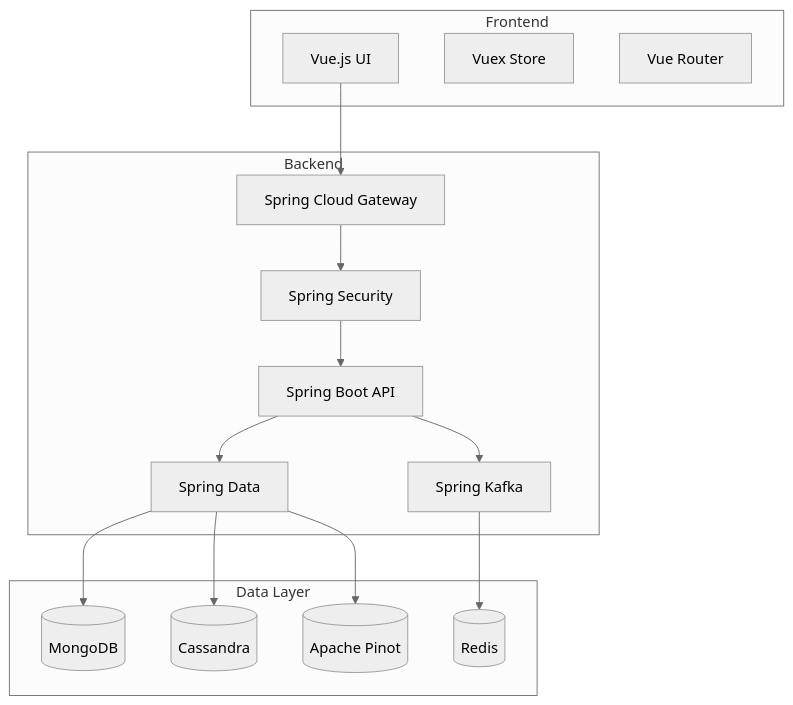
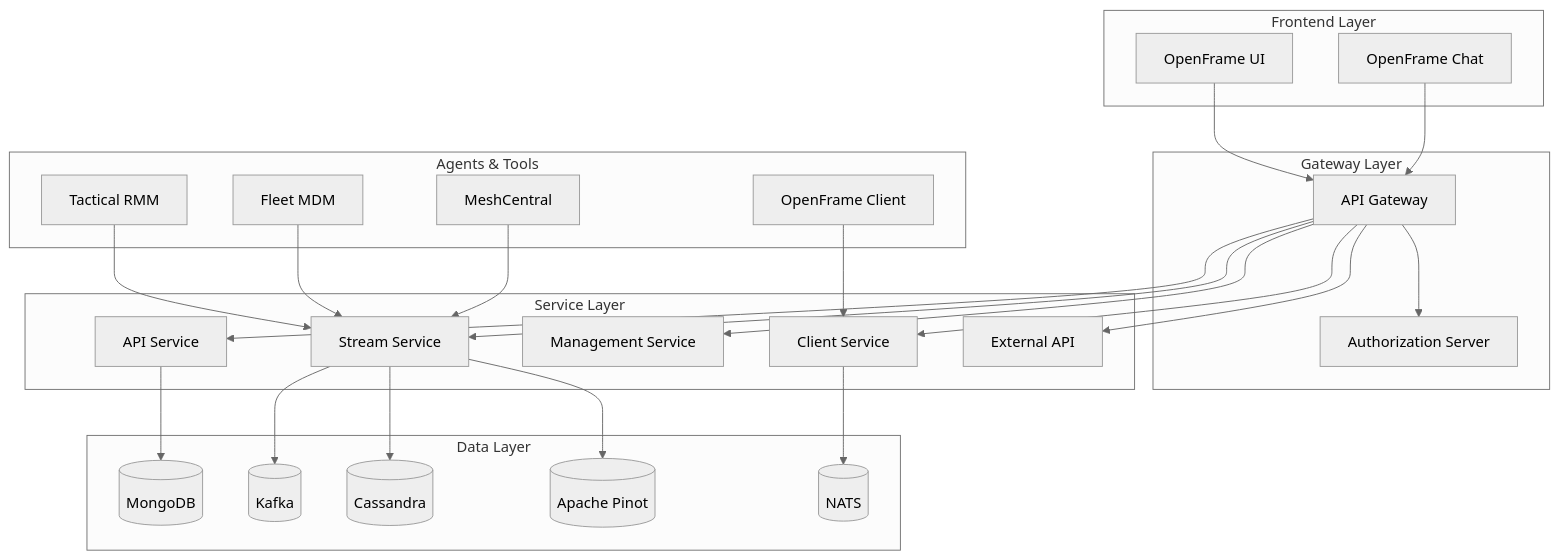
The diagram in docs/getting-started/introduction.md (flamingo-stack/openframe-oss-tenant), drawn with Mermaid (neutral theme) before and after one commit. The commit also changed other lines of this file and 9 other files, not shown here.

````diff
--- a/docs/getting-started/introduction.md
+++ b/docs/getting-started/introduction.md
@@ -78,33 +43,55 @@
 ```mermaid
-graph TB
-    subgraph Frontend
-        UI[Vue.js UI]
-        Store[Vuex Store]
-        Router[Vue Router]
+flowchart TD
+    subgraph "Frontend Layer"
+        UI[OpenFrame UI]
+        Chat[OpenFrame Chat]
     end
-
-    subgraph Backend
-        Gateway[Spring Cloud Gateway]
-        Auth[Spring Security]
-        API[Spring Boot API]
-        Stream[Spring Kafka]
-        Data[Spring Data]
+    
+    subgraph "Gateway Layer"
+        GW[API Gateway]
+        AUTH[Authorization Server]
     end
-
-    subgraph Data Layer
-        MongoDB[(MongoDB)]
-        Cassandra[(Cassandra)]
-        Pinot[(Apache Pinot)]
-        Redis[(Redis)]
+    
+    subgraph "Service Layer"
+        API[API Service]
+        CLIENT[Client Service]
+        MGMT[Management Service]
+        STREAM[Stream Service]
+        EXT[External API]
     end
-
-    UI --> Gateway
-    Gateway --> Auth
-    Auth --> API
-    API --> Stream
-    API --> Data
-    Data --> MongoDB
-    Data --> Cassandra
-    Data --> Pinot
-    Stream --> Redis
+    
+    subgraph "Data Layer"
+        MONGO[(MongoDB)]
+        KAFKA[(Kafka)]
+        CASS[(Cassandra)]
+        PINOT[(Apache Pinot)]
+        NATS[(NATS)]
+    end
+    
+    subgraph "Agents & Tools"
+        AGENT[OpenFrame Client]
+        RMM[Tactical RMM]
+        MDM[Fleet MDM]
+        MESH[MeshCentral]
+    end
+    
+    UI --> GW
+    Chat --> GW
+    GW --> AUTH
+    GW --> API
+    GW --> CLIENT
+    GW --> MGMT
+    GW --> STREAM
+    GW --> EXT
+    
+    API --> MONGO
+    CLIENT --> NATS
+    STREAM --> KAFKA
+    STREAM --> CASS
+    STREAM --> PINOT
+    
+    AGENT --> CLIENT
+    RMM --> STREAM
+    MDM --> STREAM
+    MESH --> STREAM
 ```
````
